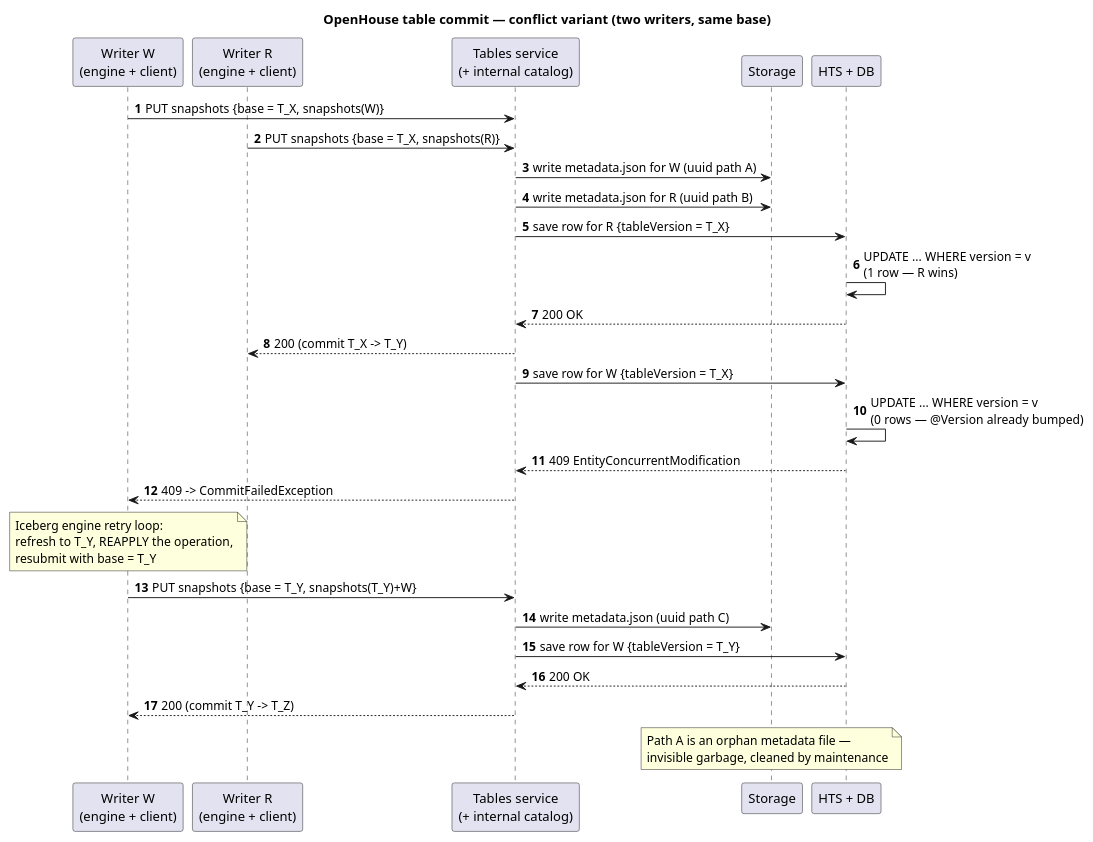
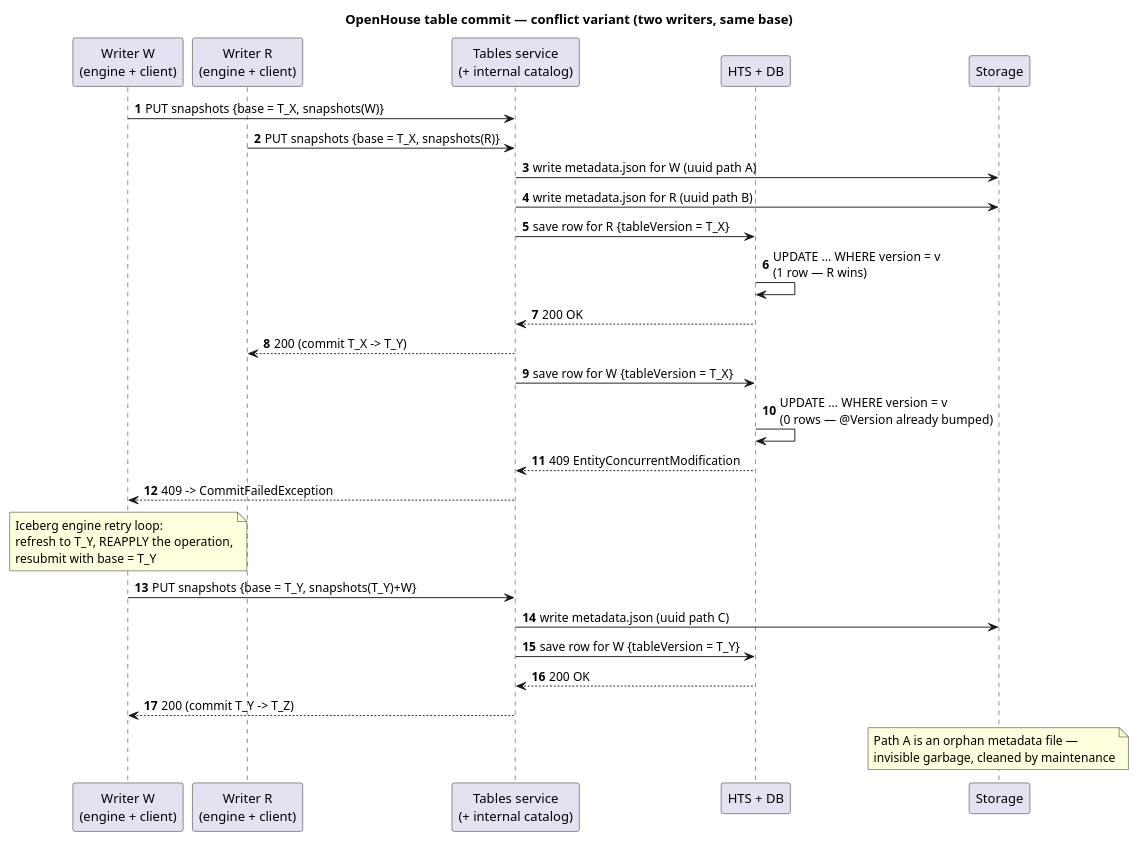
Before and after one commit to mkuchenbecker/openhouse: the second of 2 diagrams in docs/commit-protocol/sequence-diagram.puml, drawn with PlantUML. The commit also changed other lines of this file and 1 other file, not shown here.

First line of the commit message:
docs: move storage to the far right of the sequence diagrams

```diff
--- a/docs/commit-protocol/sequence-diagram.puml
+++ b/docs/commit-protocol/sequence-diagram.puml
@@ -41,31 +41,31 @@
 @startuml openhouse-commit-conflict-path
 title OpenHouse table commit — conflict variant (two writers, same base)
 
 participant "Writer W\n(engine + client)" as W
 participant "Writer R\n(engine + client)" as R
 participant "Tables service\n(+ internal catalog)" as TS
+participant "HTS + DB" as HTS
 participant "Storage" as ST
-participant "HTS + DB" as HTS
 
 autonumber
 
 W -> TS : PUT snapshots {base = T_X, snapshots(W)}
 R -> TS : PUT snapshots {base = T_X, snapshots(R)}
 TS -> ST : write metadata.json for W (uuid path A)
 TS -> ST : write metadata.json for R (uuid path B)
 TS -> HTS : save row for R {tableVersion = T_X}
 HTS -> HTS : UPDATE ... WHERE version = v\n(1 row — R wins)
 HTS --> TS : 200 OK
 TS --> R : 200 (commit T_X -> T_Y)
 TS -> HTS : save row for W {tableVersion = T_X}
 HTS -> HTS : UPDATE ... WHERE version = v\n(0 rows — @Version already bumped)
 HTS --> TS : 409 EntityConcurrentModification
 TS --> W : 409 -> CommitFailedException
 note over W : Iceberg engine retry loop:\nrefresh to T_Y, REAPPLY the operation,\nresubmit with base = T_Y
 W -> TS : PUT snapshots {base = T_Y, snapshots(T_Y)+W}
 TS -> ST : write metadata.json (uuid path C)
 TS -> HTS : save row for W {tableVersion = T_Y}
 HTS --> TS : 200 OK
 TS --> W : 200 (commit T_Y -> T_Z)
 note over ST : Path A is an orphan metadata file —\ninvisible garbage, cleaned by maintenance
 @enduml
```
